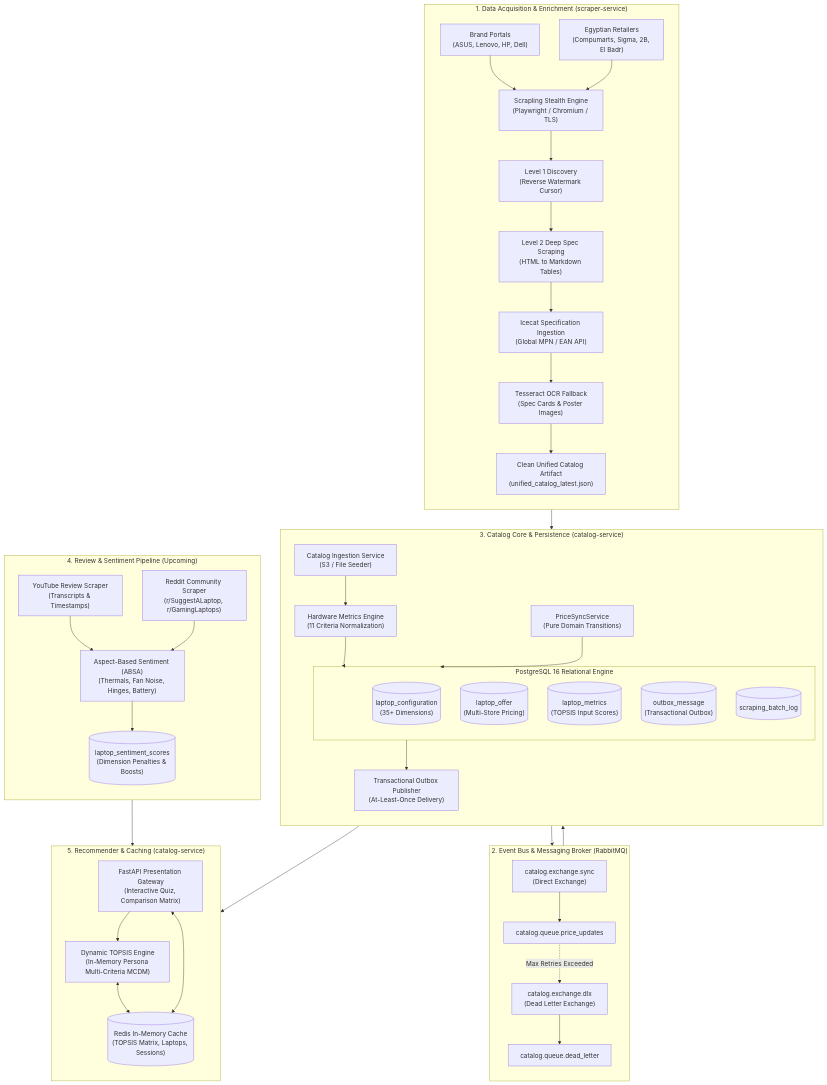
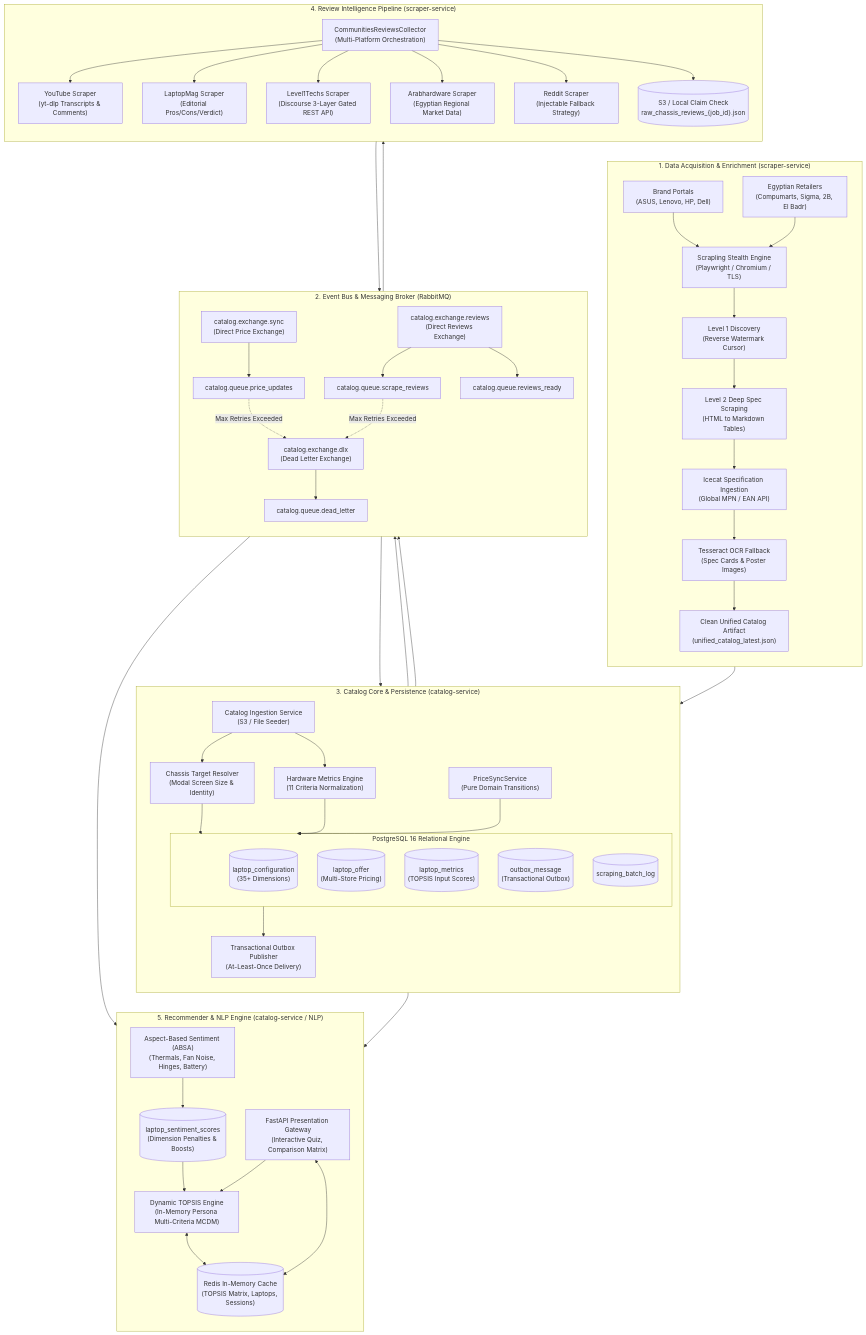
One commit to marwan779/laptop-recommender changed the first of 4 diagrams in README.md. Above: the diagram before and after it, drawn with Mermaid. The commit also changed other lines of this file and 3 other files, not shown here.

Commit message:
feat(reviews): add e2e test script, local artifact persistence, and update docs

```diff
--- a/README.md
+++ b/README.md
@@ -79,13 +80,19 @@
 
     subgraph S2 ["2. Event Bus & Messaging Broker (RabbitMQ)"]
         direction TB
-        EX_SYNC["catalog.exchange.sync<br/>(Direct Exchange)"]
+        EX_SYNC["catalog.exchange.sync<br/>(Direct Price Exchange)"]
         Q_PRICE["catalog.queue.price_updates"]
+        EX_REV["catalog.exchange.reviews<br/>(Direct Reviews Exchange)"]
+        Q_SCRAPE["catalog.queue.scrape_reviews"]
+        Q_READY["catalog.queue.reviews_ready"]
         EX_DLX["catalog.exchange.dlx<br/>(Dead Letter Exchange)"]
         Q_DLQ["catalog.queue.dead_letter"]
         
         EX_SYNC --> Q_PRICE
+        EX_REV --> Q_SCRAPE
+        EX_REV --> Q_READY
         Q_PRICE -.->|Max Retries Exceeded| EX_DLX
+        Q_SCRAPE -.->|Max Retries Exceeded| EX_DLX
         EX_DLX --> Q_DLQ
     end
 
@@ -93,6 +100,7 @@
         direction TB
         ING_SRV["Catalog Ingestion Service<br/>(S3 / File Seeder)"]
         HW_ENG["Hardware Metrics Engine<br/>(11 Criteria Normalization)"]
+        CHASSIS_RES["Chassis Target Resolver<br/>(Modal Screen Size & Identity)"]
         
         subgraph DB ["PostgreSQL 16 Relational Engine"]
             CONF[("laptop_configuration<br/>(35+ Dimensions)")]
@@ -106,33 +114,49 @@
         OUTBOX_WORKER["Transactional Outbox Publisher<br/>(At-Least-Once Delivery)"]
     end
 
-    subgraph S4 ["4. Review & Sentiment Pipeline (Upcoming)"]
+    subgraph S4 ["4. Review Intelligence Pipeline (scraper-service)"]
         direction TB
-        YT_CRAWL["YouTube Review Scraper<br/>(Transcripts & Timestamps)"]
-        RED_CRAWL["Reddit Community Scraper<br/>(r/SuggestALaptop, r/GamingLaptops)"]
+        COLL_SRV["CommunitiesReviewsCollector<br/>(Multi-Platform Orchestration)"]
+        YT_CRAWL["YouTube Scraper<br/>(yt-dlp Transcripts & Comments)"]
+        MAG_CRAWL["LaptopMag Scraper<br/>(Editorial Pros/Cons/Verdict)"]
+        L1_CRAWL["Level1Techs Scraper<br/>(Discourse 3-Layer Gated REST API)"]
+        AH_CRAWL["Arabhardware Scraper<br/>(Egyptian Regional Market Data)"]
+        RED_CRAWL["Reddit Scraper<br/>(Injectable Fallback Strategy)"]
+        S3_STORAGE[("S3 / Local Claim Check<br/>raw_chassis_reviews_{job_id}.json")]
+        
+        COLL_SRV --> YT_CRAWL
+        COLL_SRV --> MAG_CRAWL
+        COLL_SRV --> L1_CRAWL
+        COLL_SRV --> AH_CRAWL
+        COLL_SRV --> RED_CRAWL
+        COLL_SRV --> S3_STORAGE
+    end
+
+    subgraph S5 ["5. Recommender & NLP Engine (catalog-service / NLP)"]
+        direction TB
         ABSA_MODEL["Aspect-Based Sentiment (ABSA)<br/>(Thermals, Fan Noise, Hinges, Battery)"]
         SENT_SCORES[("laptop_sentiment_scores<br/>(Dimension Penalties & Boosts)")]
-        
-        YT_CRAWL --> ABSA_MODEL
-        RED_CRAWL --> ABSA_MODEL
-        ABSA_MODEL --> SENT_SCORES
-    end
-
-    subgraph S5 ["5. Recommender & Caching (catalog-service)"]
-        direction TB
         REDIS[("Redis In-Memory Cache<br/>(TOPSIS Matrix, Laptops, Sessions)")]
         TOPSIS["Dynamic TOPSIS Engine<br/>(In-Memory Persona Multi-Criteria MCDM)"]
         API["FastAPI Presentation Gateway<br/>(Interactive Quiz, Comparison Matrix)"]
+        
+        ABSA_MODEL --> SENT_SCORES
     end
 
     JSON_OUT --> ING_SRV
     ING_SRV --> HW_ENG
+    ING_SRV --> CHASSIS_RES
+    CHASSIS_RES --> DB
     HW_ENG --> DB
     
     PRICE_SYNC --> DB
     DB --> OUTBOX_WORKER
     OUTBOX_WORKER --> EX_SYNC
+    OUTBOX_WORKER --> EX_REV
     Q_PRICE --> PRICE_SYNC
+    Q_SCRAPE --> COLL_SRV
+    COLL_SRV --> EX_REV
+    Q_READY --> ABSA_MODEL
     
     METRICS --> TOPSIS
     SENT_SCORES --> TOPSIS
```
